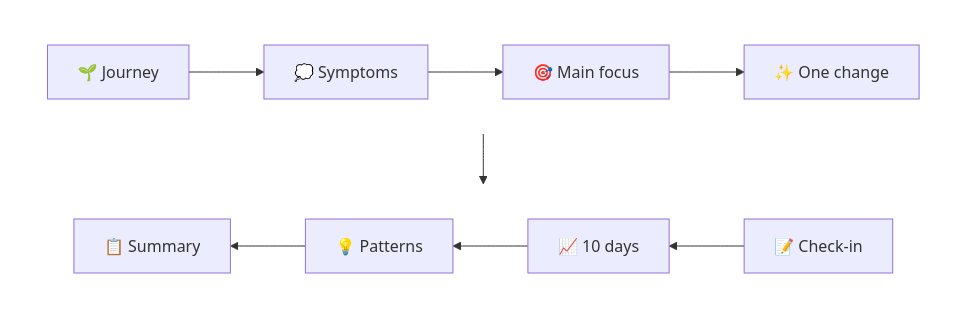
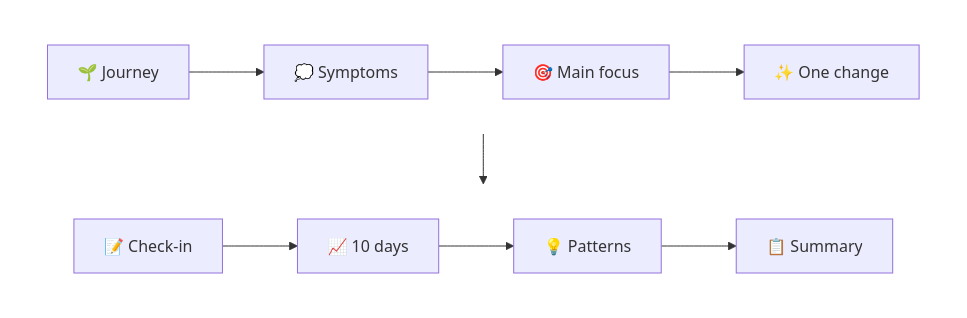
Before and after one commit to Huth-P/vitality-flow-splash: the diagram in README.md, drawn with Mermaid.

Commit message:
Refactor flowchart structure in README.md

````diff
--- a/README.md
+++ b/README.md
@@ -29,31 +29,18 @@
 ```mermaid
 flowchart TB
-    A["🌱 Journey"] --> B["💭 Symptoms"]
-    B --> C["🎯 Main focus"]
-    C --> D["✨ One change"]
 
-    D --> E["📝 Check-in"]
-
-    E --> F["📈 10 days"]
-    F --> G["💡 Patterns"]
-    G --> H["📋 Summary"]
-
-    subgraph row1[" "]
+    subgraph top[" "]
         direction LR
-        A
-        B
-        C
-        D
+        A["🌱 Journey"] --> B["💭 Symptoms"] --> C["🎯 Main focus"] --> D["✨ One change"]
     end
 
-    subgraph row2[" "]
-        direction RL
-        E
-        F
-        G
-        H
+    subgraph bottom[" "]
+        direction LR
+        E["📝 Check-in"] --> F["📈 10 days"] --> G["💡 Patterns"] --> H["📋 Summary"]
     end
 
-    style row1 fill:none,stroke:none
-    style row2 fill:none,stroke:none
+    D --> E
+
+    style top fill:none,stroke:none
+    style bottom fill:none,stroke:none
 ```
````
